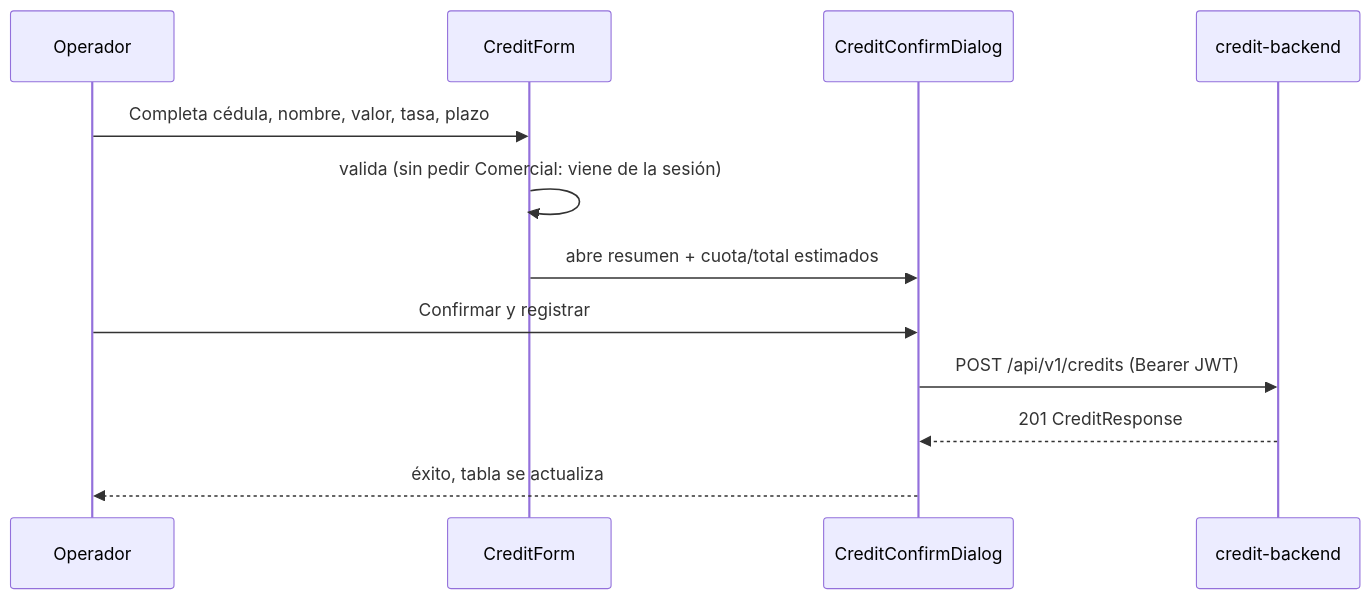
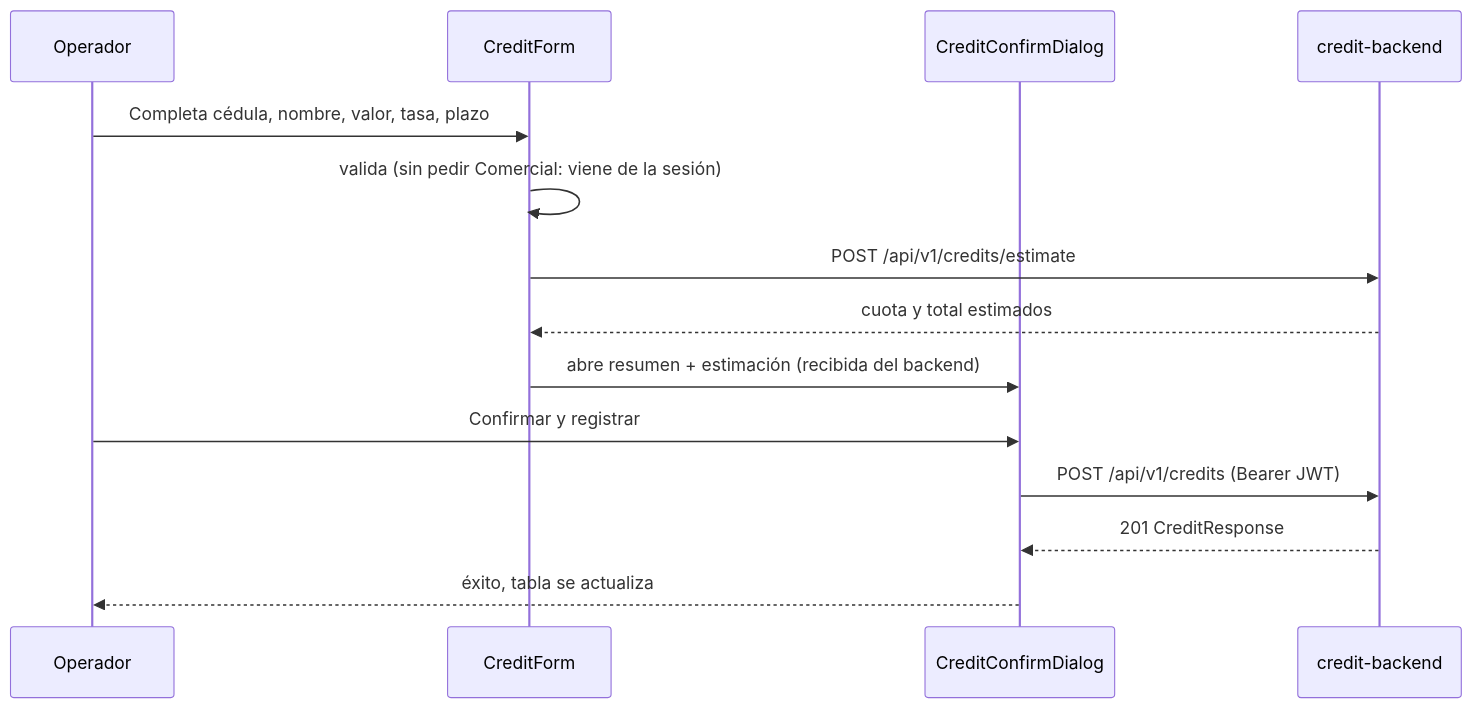
Before and after one commit to CarlosPolo019/credit-web: the second of 3 diagrams in README.md, drawn with Mermaid.

Commit message:
docs: update the credit registration sequence diagram with the estimate call

````diff
--- a/README.md
+++ b/README.md
@@ -45,14 +45,16 @@
 ```mermaid
 sequenceDiagram
   participant User as Operador
   participant Form as CreditForm
   participant Confirm as CreditConfirmDialog
   participant API as credit-backend
   User->>Form: Completa cédula, nombre, valor, tasa, plazo
   Form->>Form: valida (sin pedir Comercial: viene de la sesión)
-  Form->>Confirm: abre resumen + cuota/total estimados
+  Form->>API: POST /api/v1/credits/estimate
+  API-->>Form: cuota y total estimados
+  Form->>Confirm: abre resumen + estimación (recibida del backend)
   User->>Confirm: Confirmar y registrar
   Confirm->>API: POST /api/v1/credits (Bearer JWT)
   API-->>Confirm: 201 CreditResponse
   Confirm-->>User: éxito, tabla se actualiza
 ```
````
